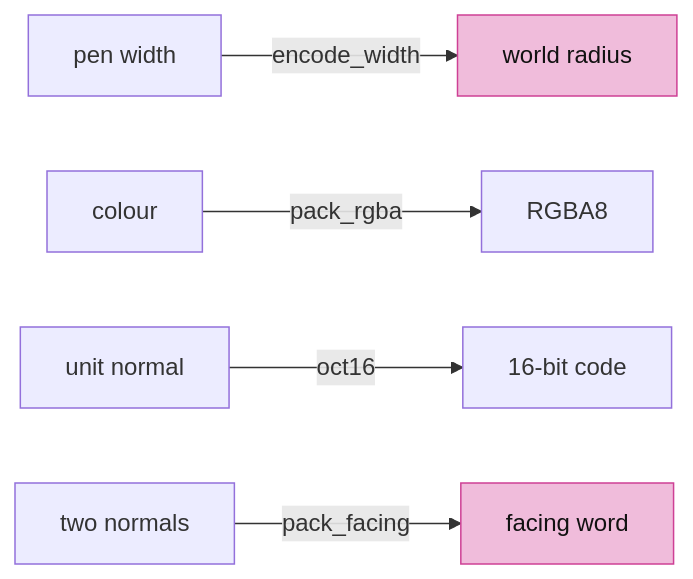
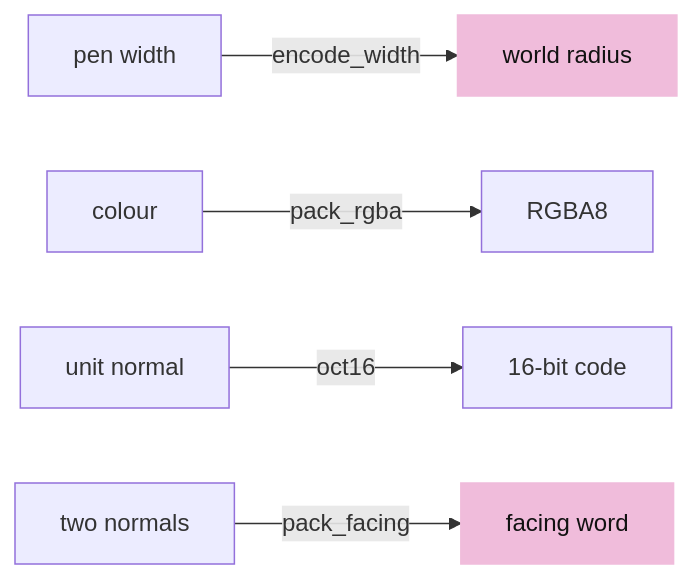
The third of 14 diagrams in session_viewer/docs/06-cad-contract.md (petrasvestartas/session), drawn with Mermaid before and after one commit. The commit also changed other lines of this file and 324 other files, not shown here.

````diff
--- a/session_viewer/docs/06-cad-contract.md
+++ b/session_viewer/docs/06-cad-contract.md
@@ -61,9 +65,9 @@
 ```mermaid
 flowchart LR
     W["pen width"] -- "encode_width" --> R["world radius"]
     C["colour"] -- "pack_rgba" --> A["RGBA8"]
     N["unit normal"] -- "oct16" --> O["16-bit code"]
     P["two normals"] -- "pack_facing" --> F["facing word"]
-    style R fill:#f0bcdb,stroke:#ce4095,color:#111
-    style F fill:#f0bcdb,stroke:#ce4095,color:#111
+    style R fill:#f0bcdb,stroke:#f0bcdb,color:#111
+    style F fill:#f0bcdb,stroke:#f0bcdb,color:#111
 ```
````
